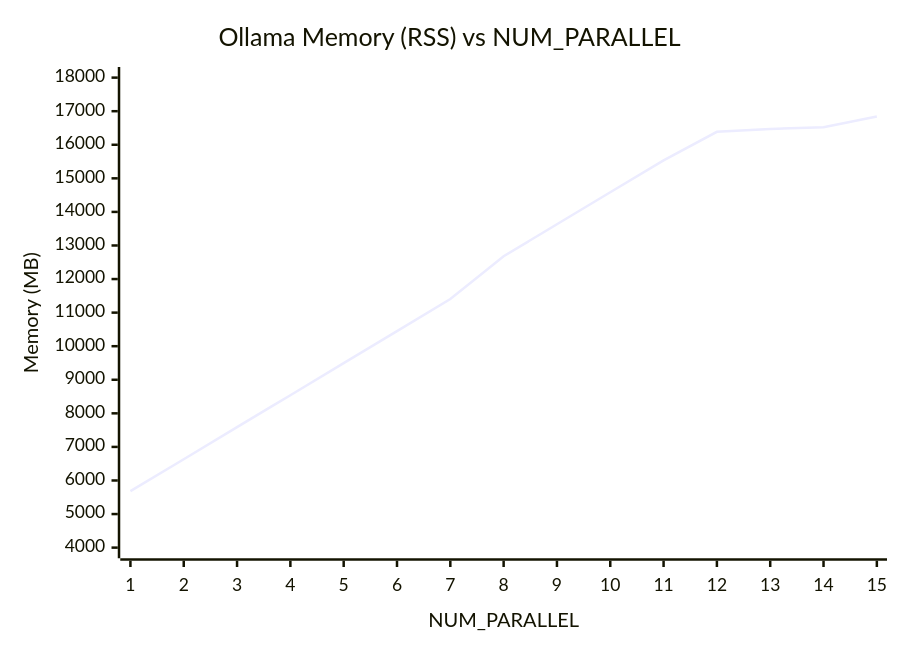
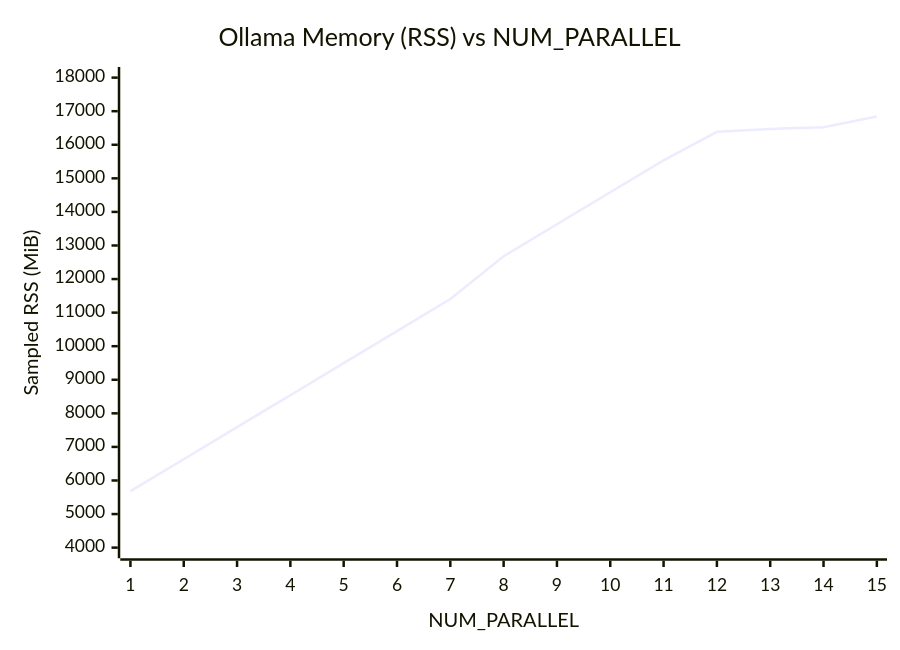
Before and after one commit to rockyRunnr/rockyRunnr.github.io: the third of 3 diagrams in _posts/2026-02-25-ollama-memory-pressure-experiment.md, drawn with Mermaid. The commit also changed other lines of this file and 8 other files, not shown here.

````diff
--- a/_posts/2026-02-25-ollama-memory-pressure-experiment.md
+++ b/_posts/2026-02-25-ollama-memory-pressure-experiment.md
@@ -129,7 +106,7 @@
 ```mermaid
 xychart-beta
     title "Ollama Memory (RSS) vs NUM_PARALLEL"
     x-axis "NUM_PARALLEL" [1, 2, 3, 4, 5, 6, 7, 8, 9, 10, 11, 12, 13, 14, 15]
-    y-axis "Memory (MB)" 4000 --> 18000
+    y-axis "Sampled RSS (MiB)" 4000 --> 18000
     line [5683, 6632, 7588, 8540, 9495, 10448, 11403, 12679, 13632, 14587, 15536, 16386, 16471, 16522, 16840]
 ```
````
